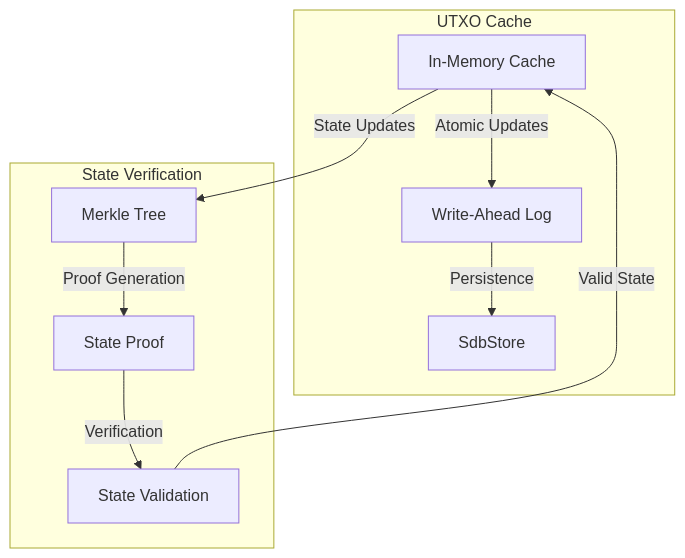
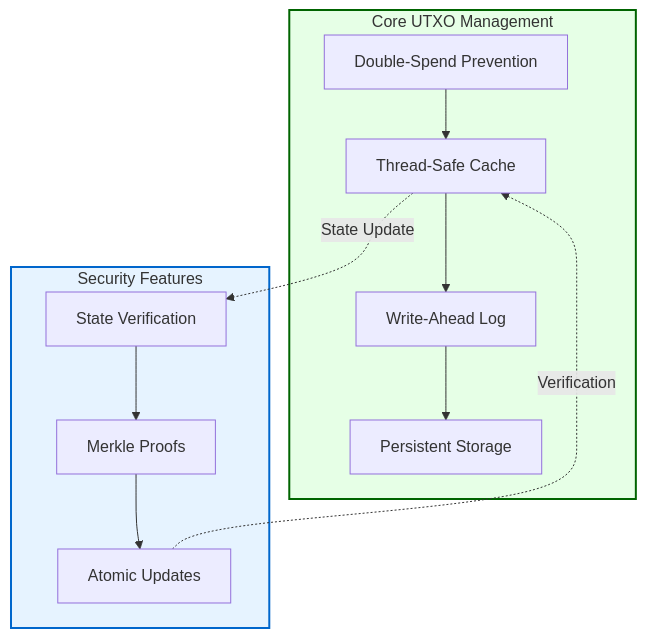
Before and after one commit to JtPerez-Acle/rust-protocol-btc: the second of 6 diagrams in README.md, drawn with Mermaid. The commit also changed other lines of this file, not shown here.

````diff
--- a/README.md
+++ b/README.md
@@ -25,15 +82,31 @@
 ```mermaid
 graph TB
-    subgraph UTXO Cache
-        A[In-Memory Cache] --> |Atomic Updates| B[Write-Ahead Log]
-        B --> |Persistence| C[SdbStore]
+    subgraph UTXO ["Core UTXO Management"]
+        A[Double-Spend Prevention]
+        B[Thread-Safe Cache]
+        C[Write-Ahead Log]
+        D[Persistent Storage]
+        
+        A --> B
+        B --> C
+        C --> D
     end
+
+    subgraph SEC ["Security Features"]
+        E[State Verification]
+        F[Merkle Proofs]
+        G[Atomic Updates]
+        
+        E --> F
+        F --> G
+    end
+
+    B -.->|"State Update"| E
+    G -.->|"Verification"| B
+
+    classDef core fill:#E6FFE6,stroke:#006400,stroke-width:2px;
+    classDef security fill:#E6F3FF,stroke:#0066CC,stroke-width:2px;
     
-    subgraph State Verification
-        D[Merkle Tree] --> |Proof Generation| E[State Proof]
-        E --> |Verification| F[State Validation]
-    end
-    
-    A --> |State Updates| D
-    F --> |Valid State| A
+    class UTXO core;
+    class SEC security;
 ```
````
